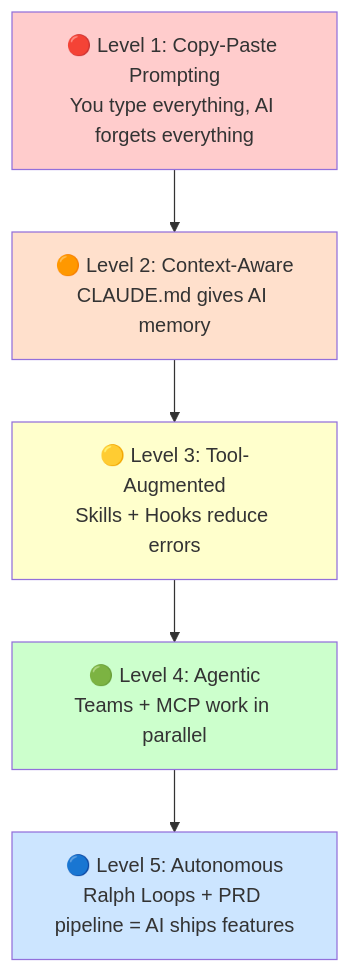
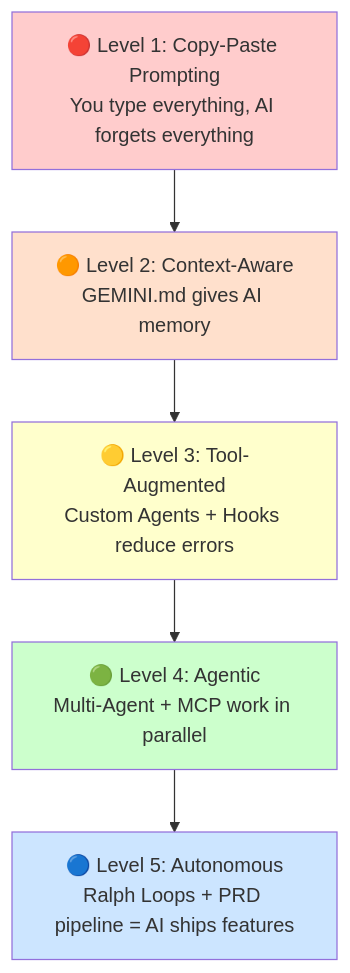
One commit to mariusjcb/gh-agentic-code-guides changed the second of 2 diagrams in 00-course-map.md. Above: the diagram before and after it, drawn with Mermaid. The commit also changed other lines of this file and 1 other file, not shown here.

First line of the commit message:
Adapt course-map and skills guide for Gemini CLI

````diff
--- a/00-course-map.md
+++ b/00-course-map.md
@@ -96,16 +96,16 @@
 ```mermaid
 graph TD
     L1["🔴 Level 1: Copy-Paste Prompting<br/>You type everything, AI forgets everything"]
-    L2["🟠 Level 2: Context-Aware<br/>CLAUDE.md gives AI memory"]
-    L3["🟡 Level 3: Tool-Augmented<br/>Skills + Hooks reduce errors"]
-    L4["🟢 Level 4: Agentic<br/>Teams + MCP work in parallel"]
+    L2["🟠 Level 2: Context-Aware<br/>GEMINI.md gives AI memory"]
+    L3["🟡 Level 3: Tool-Augmented<br/>Custom Agents + Hooks reduce errors"]
+    L4["🟢 Level 4: Agentic<br/>Multi-Agent + MCP work in parallel"]
     L5["🔵 Level 5: Autonomous<br/>Ralph Loops + PRD pipeline = AI ships features"]
 
     L1 --> L2 --> L3 --> L4 --> L5
 
     style L1 fill:#ffcccc
     style L2 fill:#ffe0cc
     style L3 fill:#ffffcc
     style L4 fill:#ccffcc
     style L5 fill:#cce5ff
 ```
````
